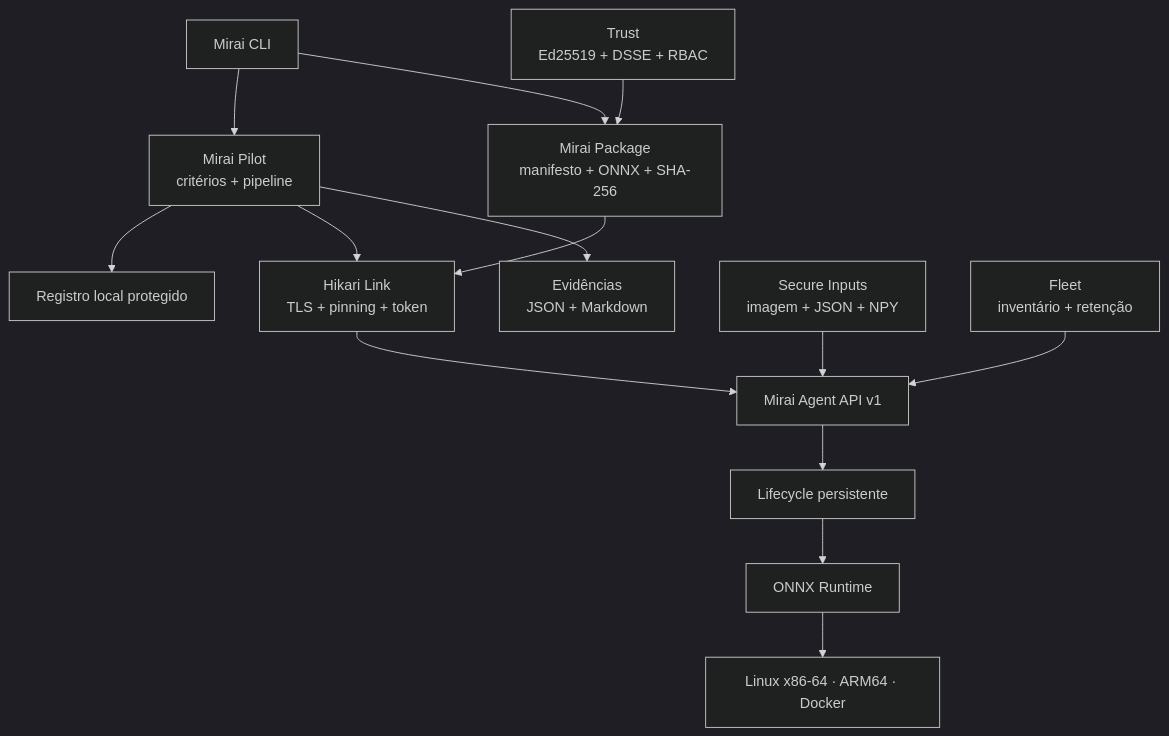
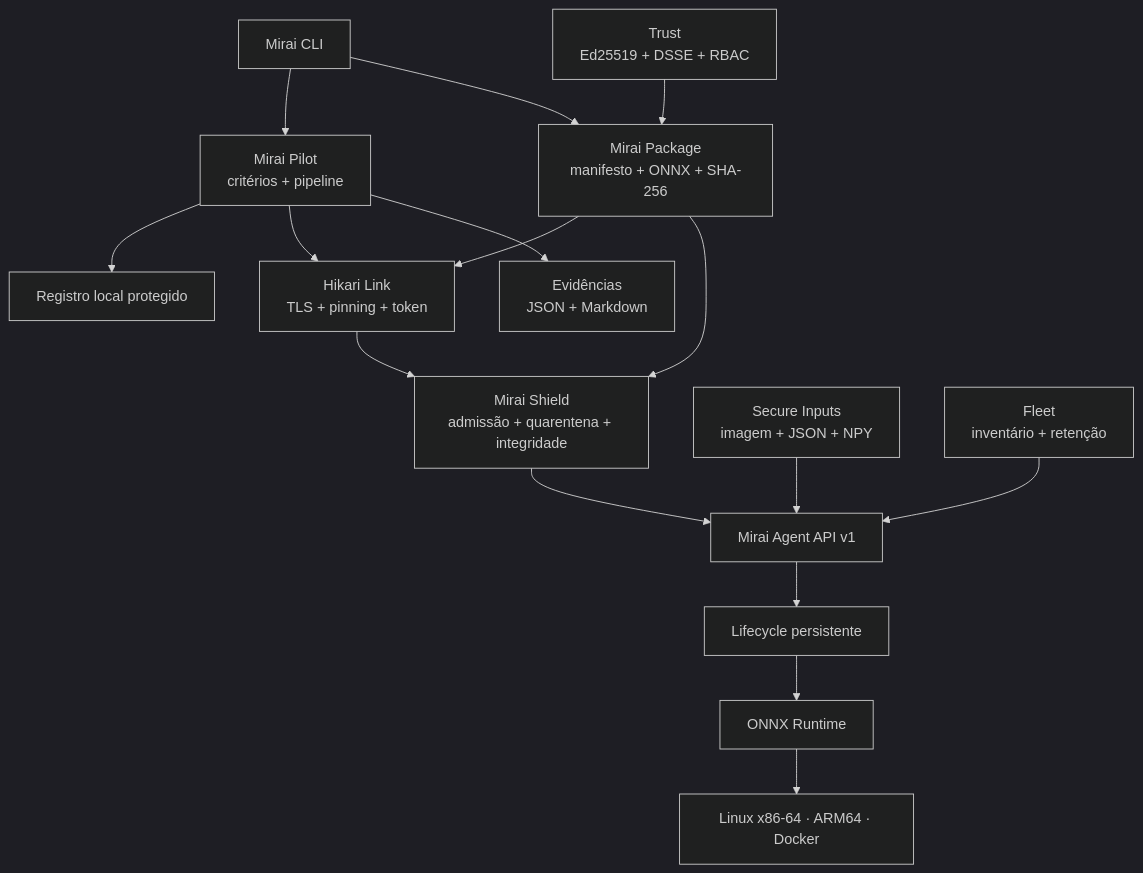
Before and after one commit to start6202783-dotcom/MiraiOS: the diagram in README.md, drawn with Mermaid (dark theme). The commit also changed other lines of this file and 38 other files, not shown here.

Commit message:
feat: adiciona Mirai Shield na v0.12.0

````diff
--- a/README.md
+++ b/README.md
@@ -122,30 +130,33 @@
 ```mermaid
 flowchart TD
     CLI["Mirai CLI"]
     PILOT["Mirai Pilot<br/>critérios + pipeline"]
     REG["Registro local protegido"]
     LINK["Hikari Link<br/>TLS + pinning + token"]
     TRUST["Trust<br/>Ed25519 + DSSE + RBAC"]
+    SHIELD["Mirai Shield<br/>admissão + quarentena + integridade"]
     API["Mirai Agent API v1"]
     PKG["Mirai Package<br/>manifesto + ONNX + SHA-256"]
     LIFE["Lifecycle persistente"]
     ORT["ONNX Runtime"]
     REPORT["Evidências<br/>JSON + Markdown"]
     INPUT["Secure Inputs<br/>imagem + JSON + NPY"]
     FLEET["Fleet<br/>inventário + retenção"]
     EDGE["Linux x86-64 · ARM64 · Docker"]
 
     CLI --> PILOT
     PILOT --> REG
     CLI --> PKG
     PKG --> LINK
     TRUST --> PKG
+    PKG --> SHIELD
+    SHIELD --> API
     PILOT --> LINK
-    LINK --> API
+    LINK --> SHIELD
     INPUT --> API
     API --> LIFE
     FLEET --> API
     LIFE --> ORT
     ORT --> EDGE
     PILOT --> REPORT
 ```
````
